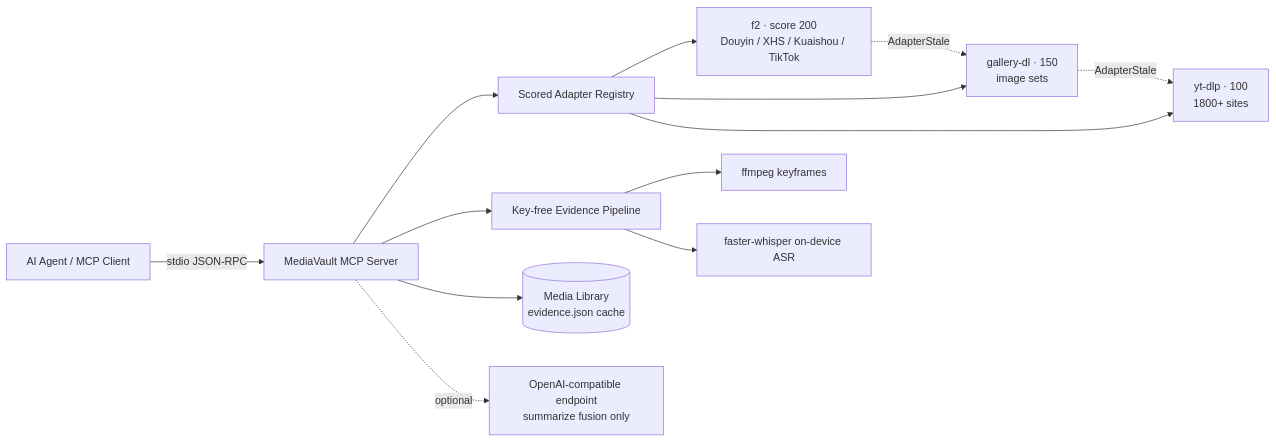
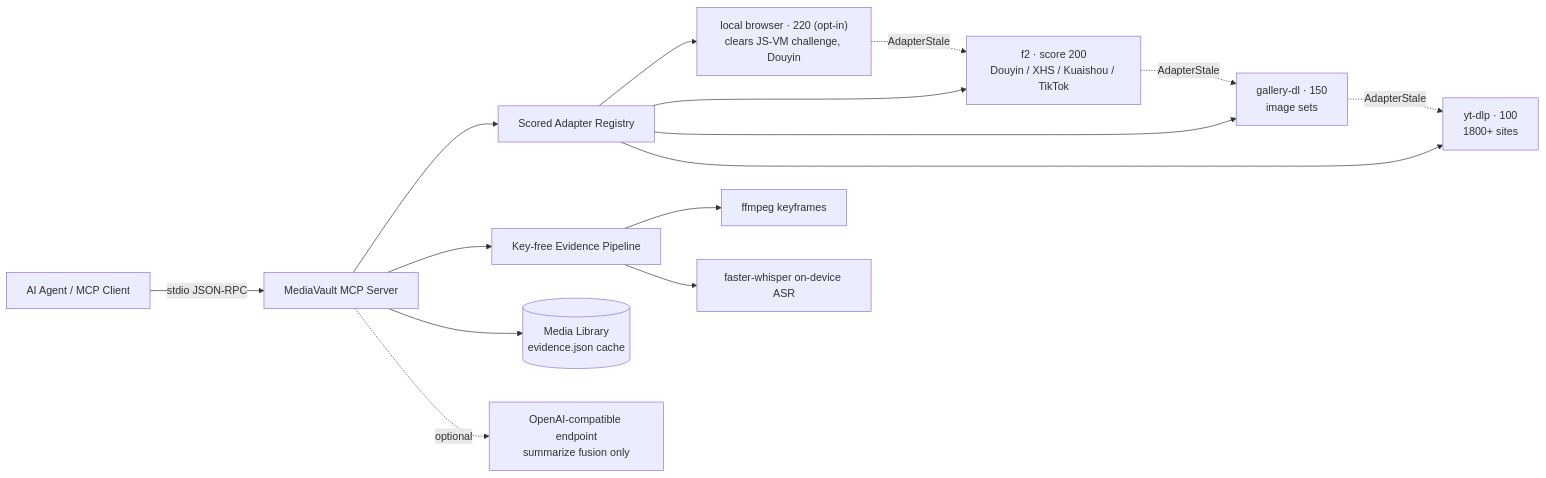
The diagram in README.md (Majiturbo/mediavault-mcp), drawn with Mermaid before and after one commit. The commit also changed other lines of this file and 16 other files, not shown here.

First line of the commit message:
feat(adapter): M4 local browser path clears Douyin JS-VM challenge

````diff
--- a/README.md
+++ b/README.md
@@ -35,14 +35,16 @@
 ```mermaid
 flowchart LR
     A[AI Agent / MCP Client] -->|stdio JSON-RPC| B[MediaVault MCP Server]
     B --> C[Scored Adapter Registry]
+    C --> D0["local browser · 220 (opt-in)<br/>clears JS-VM challenge, Douyin"]
     C --> D1["f2 · score 200<br/>Douyin / XHS / Kuaishou / TikTok"]
     C --> D2["gallery-dl · 150<br/>image sets"]
     C --> D3["yt-dlp · 100<br/>1800+ sites"]
+    D0 -. AdapterStale .-> D1
     D1 -. AdapterStale .-> D2 -. AdapterStale .-> D3
     B --> E[Key-free Evidence Pipeline]
     E --> Gf[ffmpeg keyframes]
     E --> Gw[faster-whisper on-device ASR]
     B --> H[("Media Library<br/>evidence.json cache")]
     B -. optional .-> I[OpenAI-compatible endpoint<br/>summarize fusion only]
 ```
````
